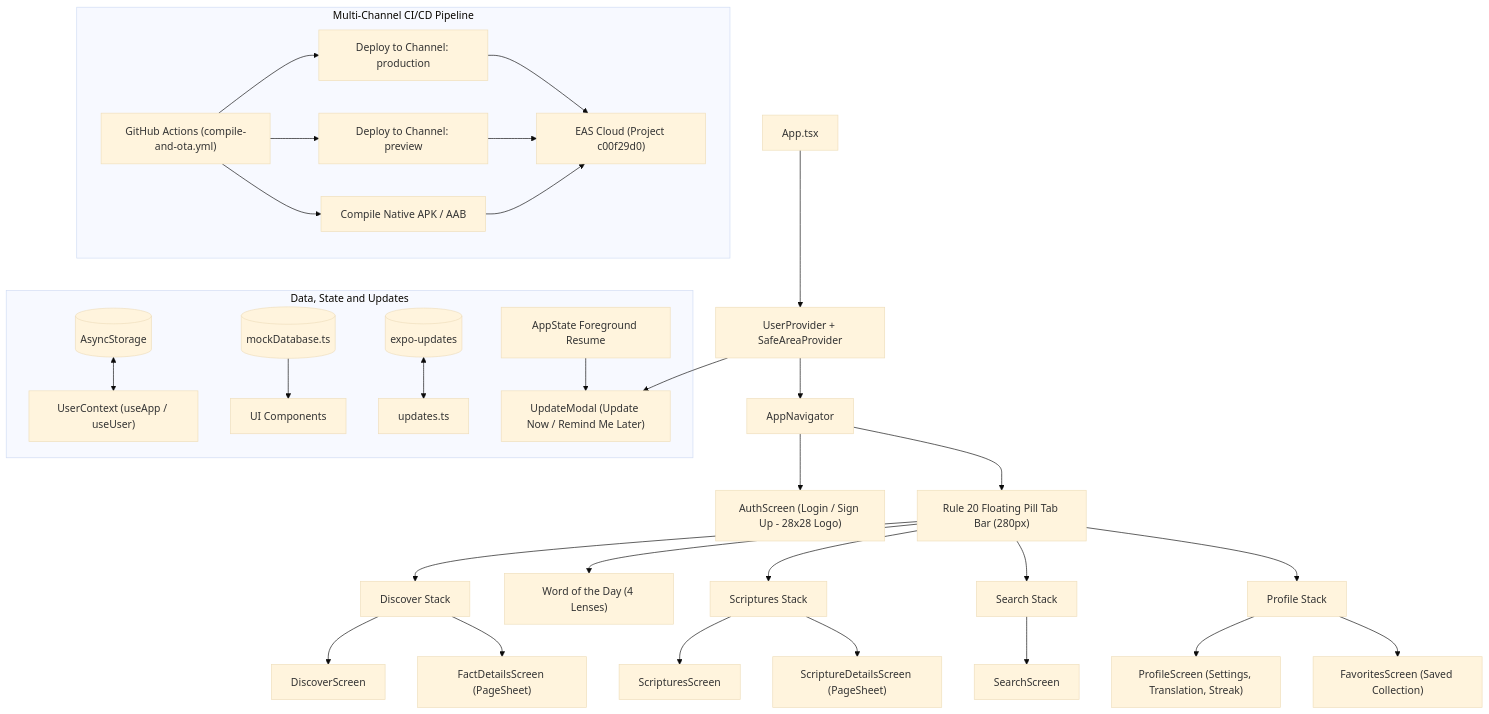
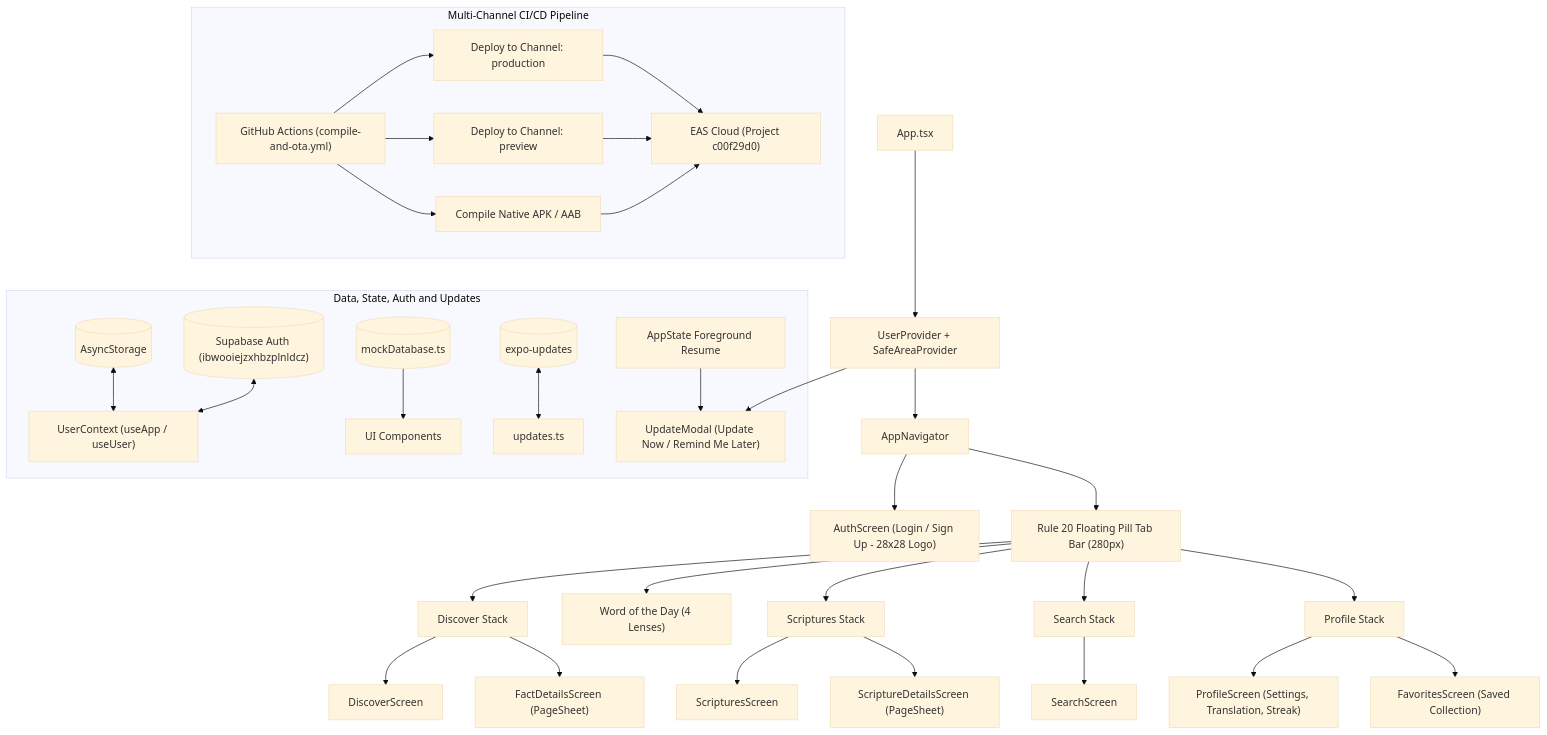
One commit to thulanesigasa/bible_fun_facts changed the diagram in README.md. Above: the diagram before and after it, drawn with Mermaid (base theme). The commit also changed other lines of this file and 9 other files, not shown here.

Commit message:
feat(auth): integrate Supabase authentication and CLI project linking (#90)

````diff
--- a/README.md
+++ b/README.md
@@ -25,42 +26,43 @@
 ```mermaid
 graph TD
     App["App.tsx"] --> Providers["UserProvider + SafeAreaProvider"]
     Providers --> Nav["AppNavigator"]
     Providers --> UpdateModal["UpdateModal (Update Now / Remind Me Later)"]
     Nav --> Auth["AuthScreen (Login / Sign Up - 28x28 Logo)"]
     Nav --> Tabs["Rule 20 Floating Pill Tab Bar (280px)"]
     
     Tabs --> DiscoverStack["Discover Stack"]
     Tabs --> WOTDScreen["Word of the Day (4 Lenses)"]
     Tabs --> ScripturesStack["Scriptures Stack"]
     Tabs --> SearchStack["Search Stack"]
     Tabs --> ProfileStack["Profile Stack"]
     
     DiscoverStack --> DiscoverMain["DiscoverScreen"]
     DiscoverStack --> FactDetails["FactDetailsScreen (PageSheet)"]
     
     ScripturesStack --> ScripturesMain["ScripturesScreen"]
     ScripturesStack --> ScriptureDetails["ScriptureDetailsScreen (PageSheet)"]
     
     SearchStack --> SearchMain["SearchScreen"]
     ProfileStack --> ProfileMain["ProfileScreen (Settings, Translation, Streak)"]
     ProfileStack --> FavoritesMain["FavoritesScreen (Saved Collection)"]
     
-    subgraph DataUpdates["Data, State and Updates"]
+    subgraph DataUpdates["Data, State, Auth and Updates"]
         AsyncStorage[("AsyncStorage")] <--> UserContext["UserContext (useApp / useUser)"]
+        Supabase[("Supabase Auth (ibwooiejzxhbzplnldcz)")] <--> UserContext
         MockDB[("mockDatabase.ts")] --> Components["UI Components"]
         ExpoUpdates[("expo-updates")] <--> UpdateService["updates.ts"]
         AppStateListener["AppState Foreground Resume"] --> UpdateModal
     end
     
     subgraph Pipeline["Multi-Channel CI/CD Pipeline"]
         GHA["GitHub Actions (compile-and-ota.yml)"]
         GHA --> ProdOTA["Deploy to Channel: production"]
         GHA --> PrevOTA["Deploy to Channel: preview"]
         GHA --> CompileJob["Compile Native APK / AAB"]
         EASCloud["EAS Cloud (Project c00f29d0)"]
         ProdOTA --> EASCloud
         PrevOTA --> EASCloud
         CompileJob --> EASCloud
     end
 ```
````
